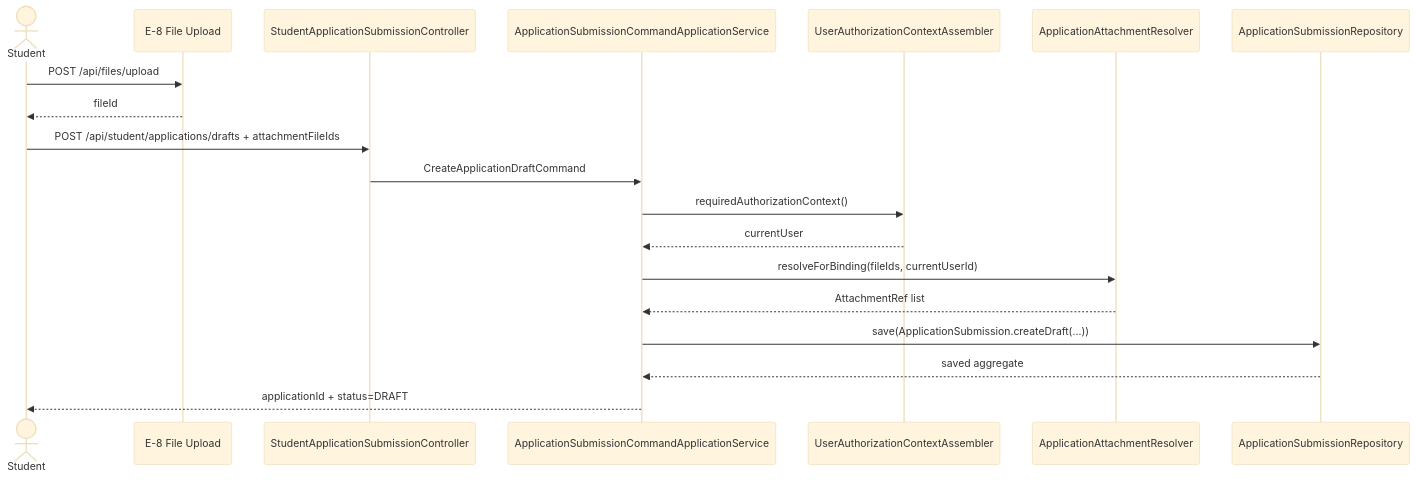
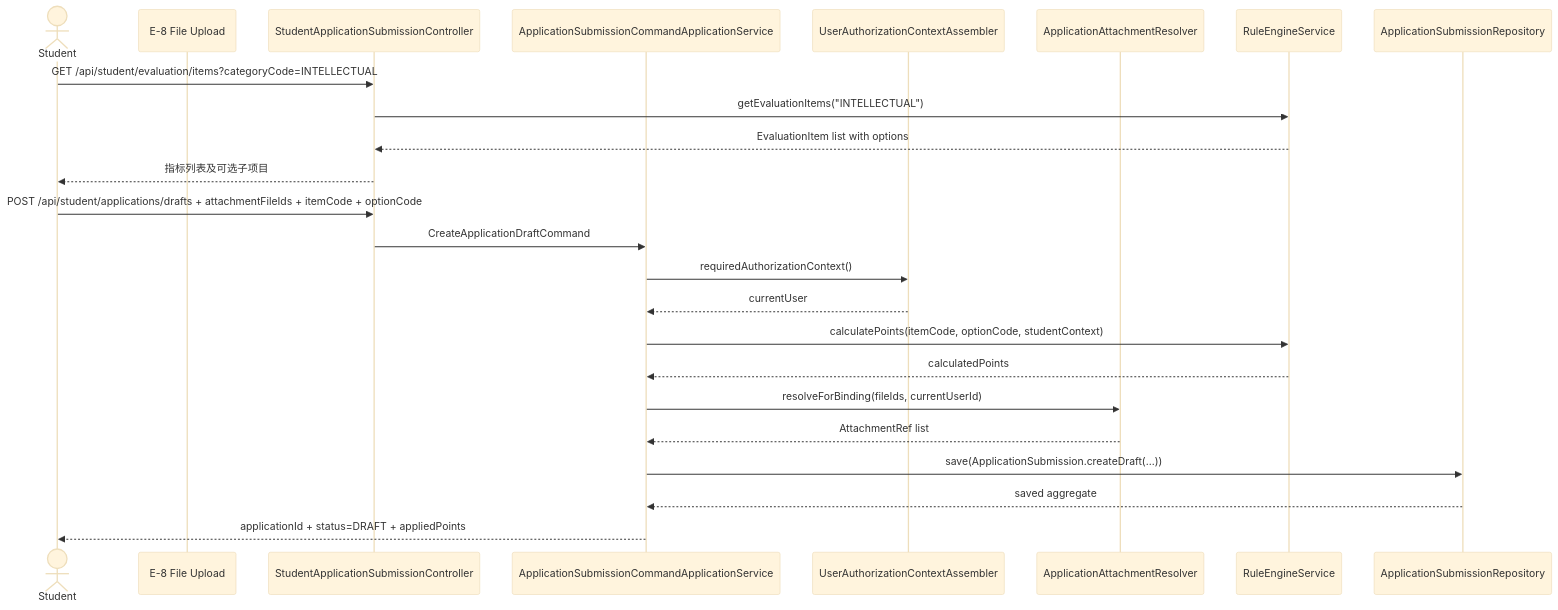
The first of 4 diagrams in docs/team-delivery/group-b-student-application.md (llws9/whut-comprehensive-evaluation), drawn with Mermaid (base theme) before and after one commit. The commit also changed other lines of this file and 85 other files, not shown here.

````diff
--- a/docs/team-delivery/group-b-student-application.md
+++ b/docs/team-delivery/group-b-student-application.md
@@ -17,22 +18,28 @@
 ```mermaid
 sequenceDiagram
     actor Student as Student
     participant FileApi as E-8 File Upload
     participant BApi as StudentApplicationSubmissionController
     participant BApp as ApplicationSubmissionCommandApplicationService
     participant Assembler as UserAuthorizationContextAssembler
     participant Resolver as ApplicationAttachmentResolver
+    participant RuleEngine as RuleEngineService
     participant Repo as ApplicationSubmissionRepository
 
-    Student->>FileApi: POST /api/files/upload
-    FileApi-->>Student: fileId
-    Student->>BApi: POST /api/student/applications/drafts + attachmentFileIds
+    Student->>BApi: GET /api/student/evaluation/items?categoryCode=INTELLECTUAL
+    BApi->>RuleEngine: getEvaluationItems("INTELLECTUAL")
+    RuleEngine-->>BApi: EvaluationItem list with options
+    BApi-->>Student: 指标列表及可选子项目
+    
+    Student->>BApi: POST /api/student/applications/drafts + attachmentFileIds + itemCode + optionCode
     BApi->>BApp: CreateApplicationDraftCommand
     BApp->>Assembler: requiredAuthorizationContext()
     Assembler-->>BApp: currentUser
+    BApp->>RuleEngine: calculatePoints(itemCode, optionCode, studentContext)
+    RuleEngine-->>BApp: calculatedPoints
     BApp->>Resolver: resolveForBinding(fileIds, currentUserId)
     Resolver-->>BApp: AttachmentRef list
     BApp->>Repo: save(ApplicationSubmission.createDraft(...))
     Repo-->>BApp: saved aggregate
-    BApp-->>Student: applicationId + status=DRAFT
+    BApp-->>Student: applicationId + status=DRAFT + appliedPoints
 ```
````
